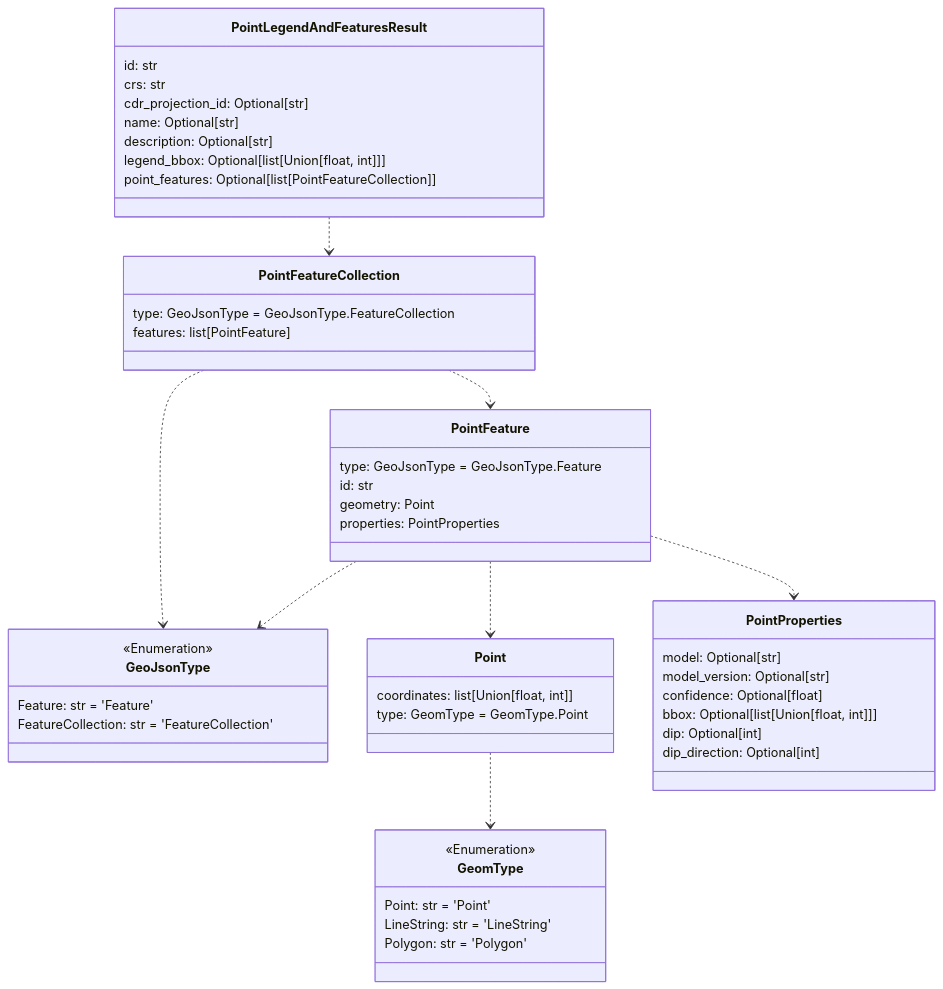
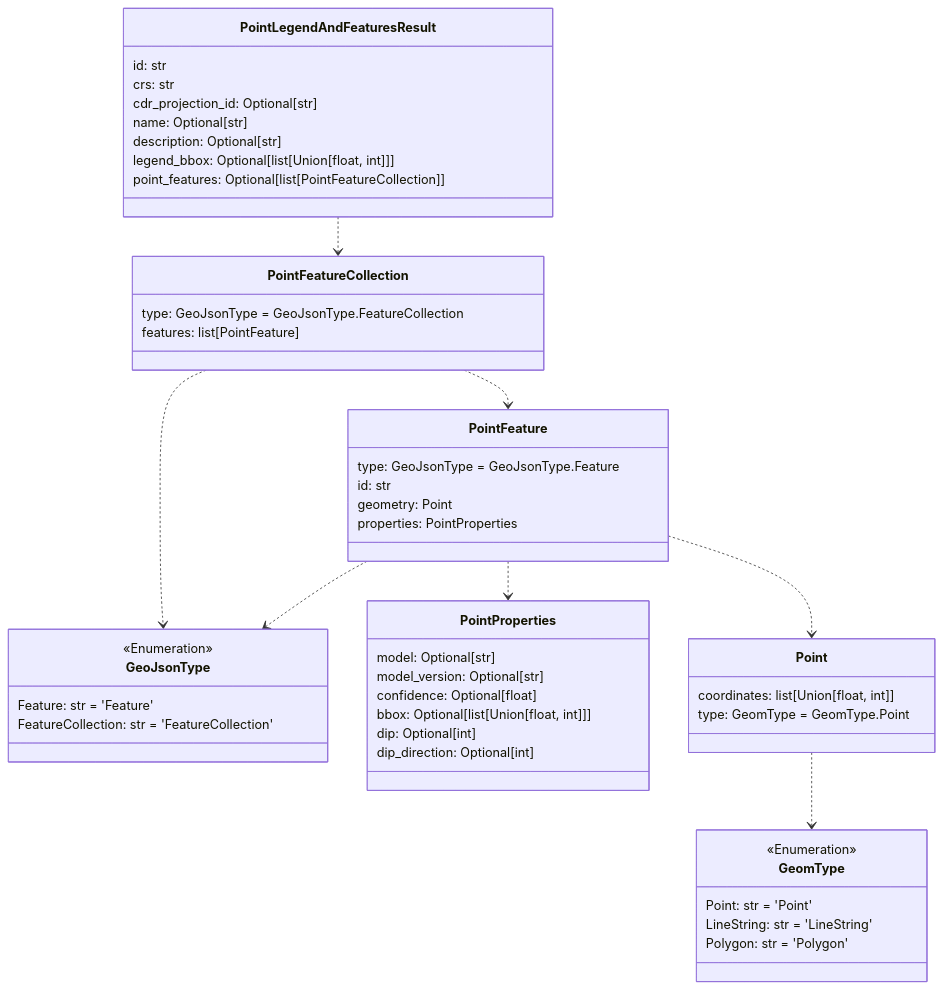
Before and after one commit to DARPA-CRITICALMAAS/cdr_schemas: the fifth of 12 diagrams in README.md, drawn with Mermaid. The commit also changed other lines of this file and 2 other files, not shown here.

````diff
--- a/README.md
+++ b/README.md
@@ -332,62 +332,62 @@
 ```mermaid
 classDiagram
+
+    class PointFeature {
+        type: GeoJsonType = GeoJsonType.Feature
+        id: str
+        geometry: Point
+        properties: PointProperties
+    }
+
+    class GeoJsonType {
+        <<Enumeration>>
+        Feature: str = 'Feature'
+        FeatureCollection: str = 'FeatureCollection'
+    }
 
     class GeomType {
         <<Enumeration>>
         Point: str = 'Point'
         LineString: str = 'LineString'
         Polygon: str = 'Polygon'
     }
 
     class PointFeatureCollection {
         type: GeoJsonType = GeoJsonType.FeatureCollection
         features: list[PointFeature]
     }
 
-    class GeoJsonType {
-        <<Enumeration>>
-        Feature: str = 'Feature'
-        FeatureCollection: str = 'FeatureCollection'
-    }
-
     class PointLegendAndFeaturesResult {
         id: str
         crs: str
         cdr_projection_id: Optional[str]
         name: Optional[str]
         description: Optional[str]
         legend_bbox: Optional[list[Union[float, int]]]
         point_features: Optional[list[PointFeatureCollection]]
-    }
-
-    class Point {
-        coordinates: list[Union[float, int]]
-        type: GeomType = GeomType.Point
-    }
-
-    class PointFeature {
-        type: GeoJsonType = GeoJsonType.Feature
-        id: str
-        geometry: Point
-        properties: PointProperties
     }
 
     class PointProperties {
         model: Optional[str]
         model_version: Optional[str]
         confidence: Optional[float]
         bbox: Optional[list[Union[float, int]]]
         dip: Optional[int]
         dip_direction: Optional[int]
     }
 
+    class Point {
+        coordinates: list[Union[float, int]]
+        type: GeomType = GeomType.Point
+    }
+
     Point ..> GeomType
+    PointFeature ..> GeoJsonType
     PointFeature ..> Point
-    PointFeature ..> GeoJsonType
     PointFeature ..> PointProperties
     PointFeatureCollection ..> PointFeature
     PointFeatureCollection ..> GeoJsonType
     PointLegendAndFeaturesResult ..> PointFeatureCollection
 
 
 ```
````
